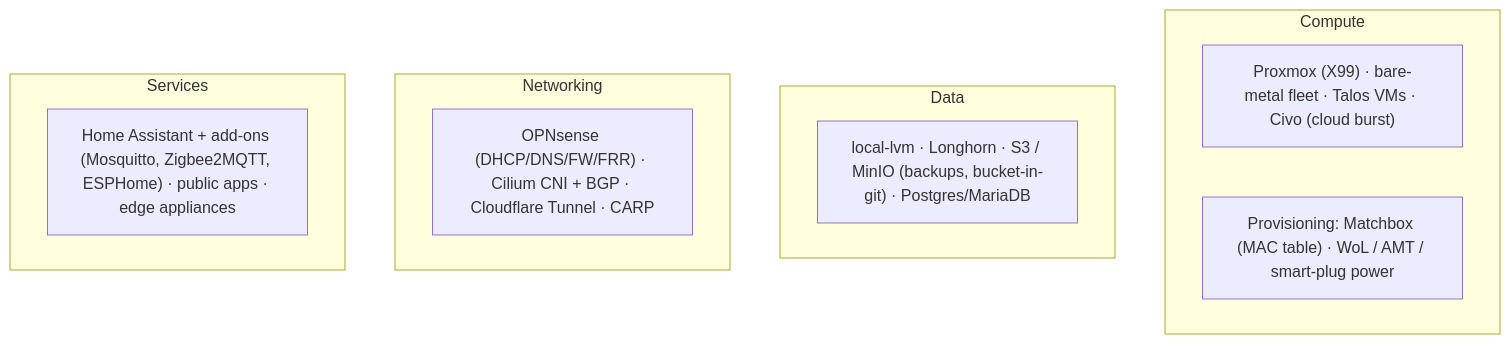
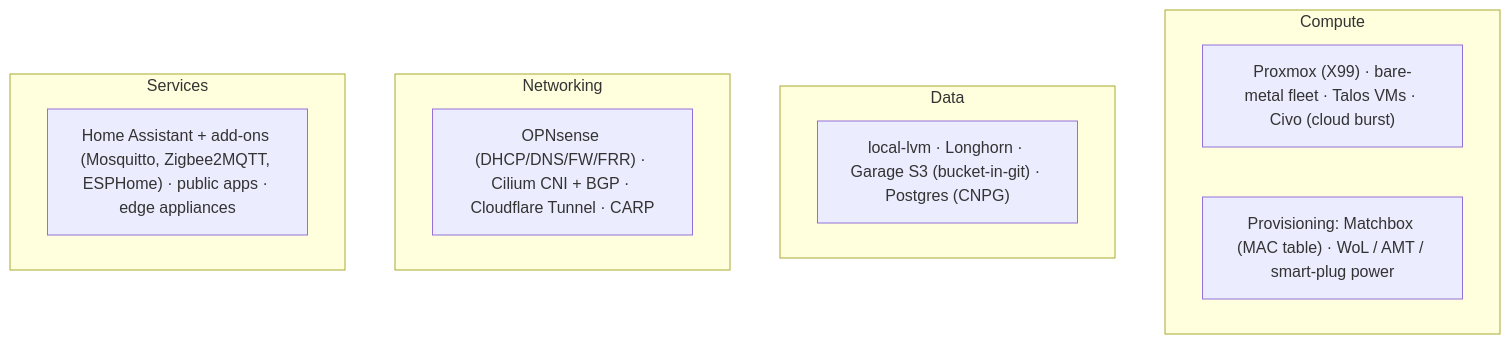
Before and after one commit to teststuffstash/homelab: the fourth of 6 diagrams in ARCHITECTURE.md, drawn with Mermaid. The commit also changed other lines of this file and 33 other files, not shown here.

````diff
--- a/ARCHITECTURE.md
+++ b/ARCHITECTURE.md
@@ -84,16 +87,16 @@
 ```mermaid
 flowchart TB
     subgraph COMPUTE["Compute"]
         C1["Proxmox (X99) · bare-metal fleet · Talos VMs · Civo (cloud burst)"]
         C2["Provisioning: Matchbox (MAC table) · WoL / AMT / smart-plug power"]
     end
     subgraph DATA["Data"]
-        D1["local-lvm · Longhorn · S3 / MinIO (backups, bucket-in-git) · Postgres/MariaDB"]
+        D1["local-lvm · Longhorn · Garage S3 (bucket-in-git) · Postgres (CNPG)"]
     end
     subgraph NET["Networking"]
         N1["OPNsense (DHCP/DNS/FW/FRR) · Cilium CNI + BGP · Cloudflare Tunnel · CARP"]
     end
     subgraph SVC["Services"]
         S1["Home Assistant + add-ons (Mosquitto, Zigbee2MQTT, ESPHome) · public apps · edge appliances"]
     end
 ```
````
